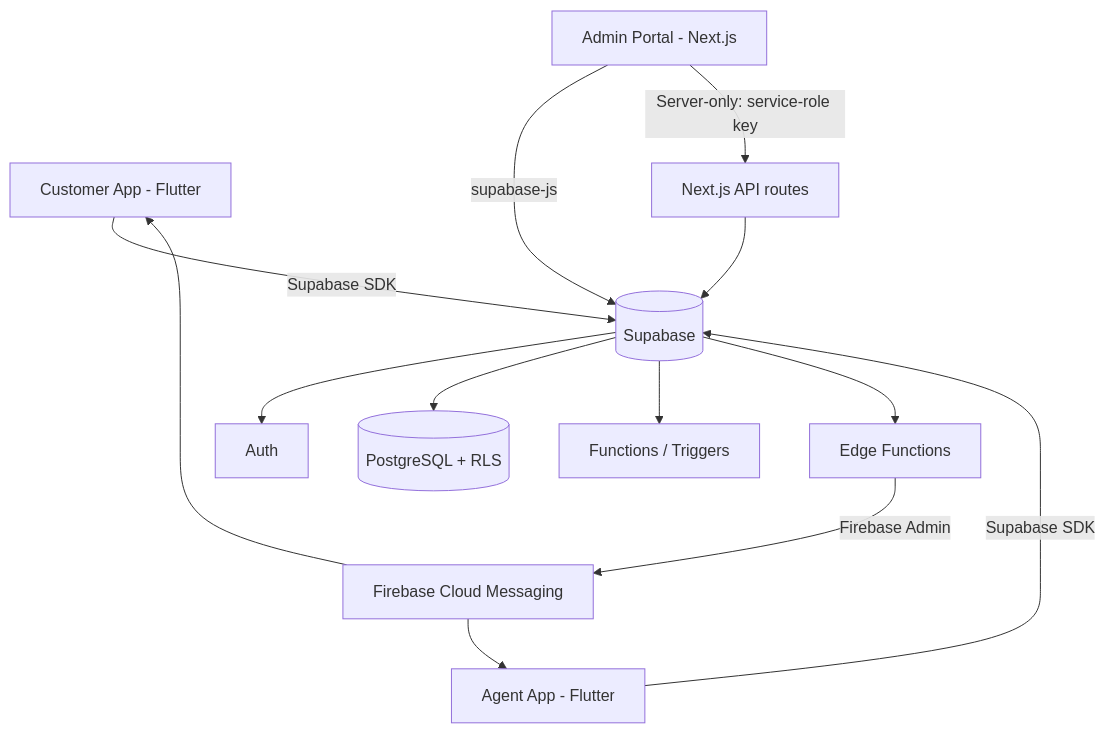
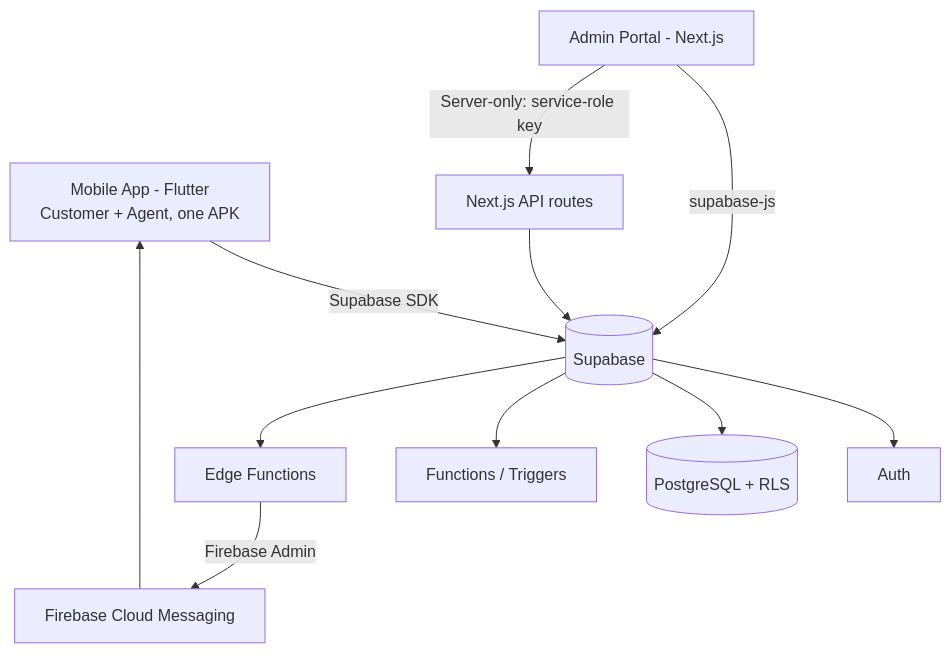
One commit to nachiket-tonge/quickserve changed the first of 2 diagrams in README.md. Above: the diagram before and after it, drawn with Mermaid. The commit also changed other lines of this file and 1 other file, not shown here.

````diff
--- a/README.md
+++ b/README.md
@@ -164,18 +190,16 @@
 ```mermaid
 graph TD
-    A[Customer App - Flutter] -->|Supabase SDK| S[(Supabase)]
-    B[Agent App - Flutter] -->|Supabase SDK| S
+    A[Mobile App - Flutter<br/>Customer + Agent, one APK] -->|Supabase SDK| S[(Supabase)]
     C[Admin Portal - Next.js] -->|supabase-js| S
 
     S --> AU[Auth]
     S --> PG[(PostgreSQL + RLS)]
     S --> FN[Functions / Triggers]
     S --> EF[Edge Functions]
 
     EF -->|Firebase Admin| FCM[Firebase Cloud Messaging]
-    FCM --> B
     FCM --> A
 
     C -->|Server-only: service-role key| API[Next.js API routes]
     API --> S
 ```
````
